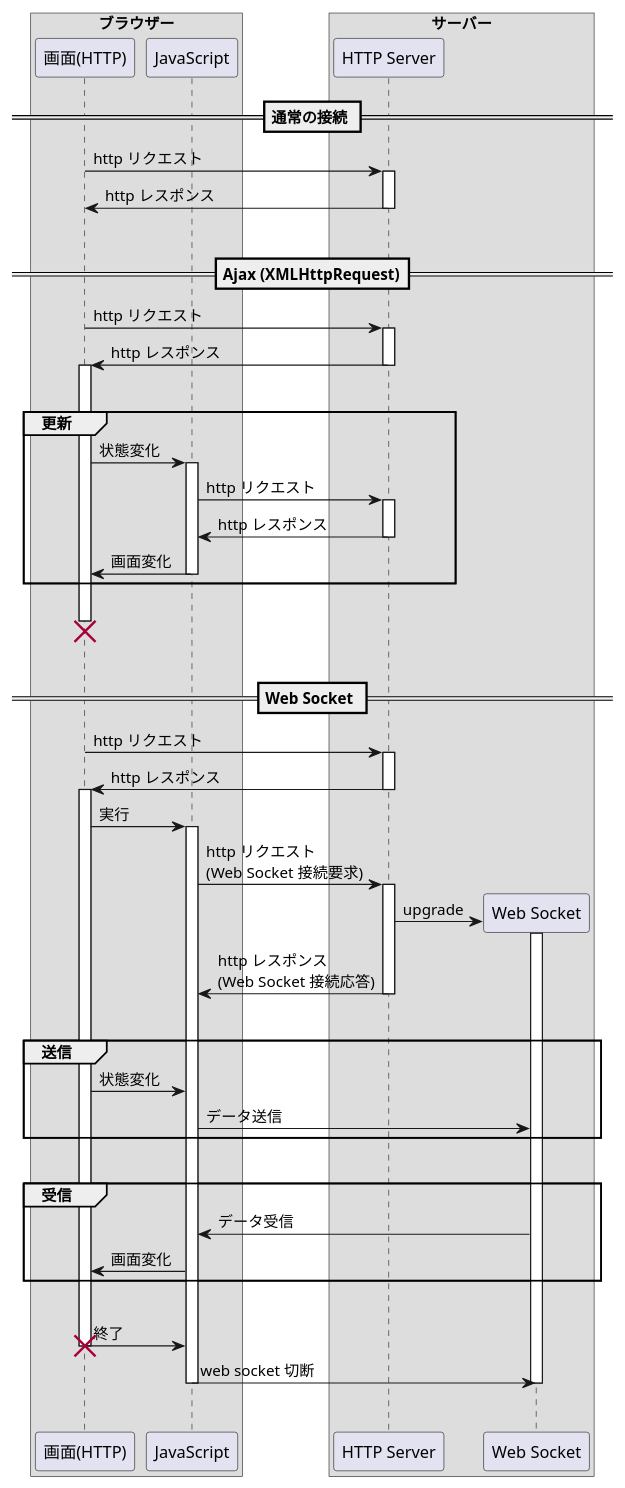
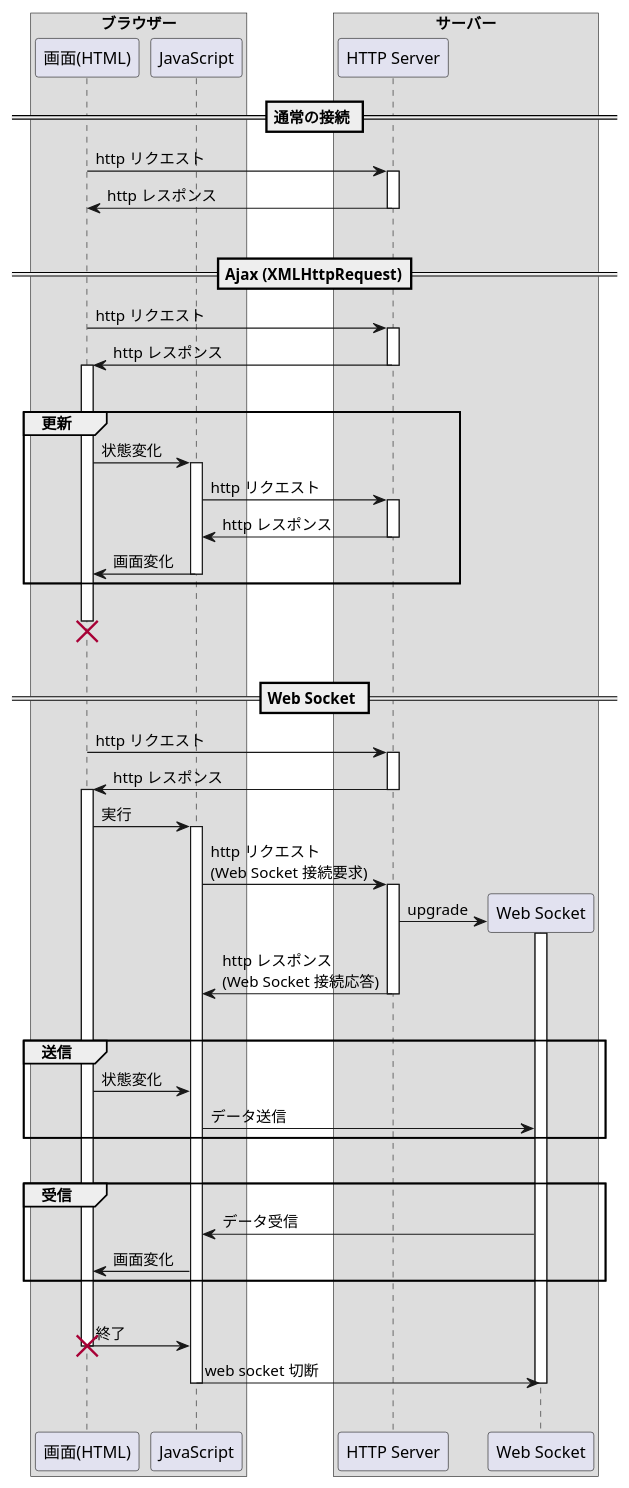
One commit to github-wombat/netc changed the diagram in doc/websocket.plantuml. Above: the diagram before and after it, drawn with PlantUML. The commit also changed 4 other files, not shown here.

```diff
--- a/doc/websocket.plantuml
+++ b/doc/websocket.plantuml
@@ -1,92 +1,92 @@
 @startuml
 
 box "ブラウザー"
-participant "画面(HTTP)" as B
+participant "画面(HTML)" as H
 participant JavaScript as J
 end box
 
 box "サーバー"
 participant "HTTP Server" as S
 
 == 通常の接続 ==
 
-B -> S: http リクエスト
+H -> S: http リクエスト
 activate S
-S -> B: http レスポンス
+S -> H: http レスポンス
 deactivate S
 
 |||
 
 == Ajax (XMLHttpRequest)==
 
-B -> S: http リクエスト
+H -> S: http リクエスト
 activate S
-S -> B: http レスポンス
+S -> H: http レスポンス
 deactivate S
-activate B
+activate H
 
 |||
 
 group 更新
-B -> J: 状態変化
+H -> J: 状態変化
 activate J
 J -> S: http リクエスト
 activate S
 S -> J: http レスポンス
 deactivate S
-J -> B: 画面変化
+J -> H: 画面変化
 deactivate J
 end
 
 |||
 
-destroy B
+destroy H
 
 |||
 
 == Web Socket ==
 
-B -> S: http リクエスト
+H -> S: http リクエスト
 activate S
-S -> B: http レスポンス
+S -> H: http レスポンス
 deactivate S
-activate B
+activate H
 
-B -> J: 実行
+H -> J: 実行
 activate J
 
 J -> S: http リクエスト\n(Web Socket 接続要求)
 activate S
 create participant "Web Socket" as W
 S -> W: upgrade
 activate W
 S -> J: http レスポンス\n(Web Socket 接続応答)
 deactivate S
 
 |||
 
 group 送信
-B -> J: 状態変化
+H -> J: 状態変化
 J -> W: データ送信
 end
 
 |||
 
 group 受信
 W -> J: データ受信
-J -> B: 画面変化
+J -> H: 画面変化
 end
 
 |||
 
-B -> J: 終了
-destroy B
+H -> J: 終了
+destroy H
 J -> W: web socket 切断
 deactivate J
 deactivate W
 
 |||
 
 end box
 
 @enduml
```
